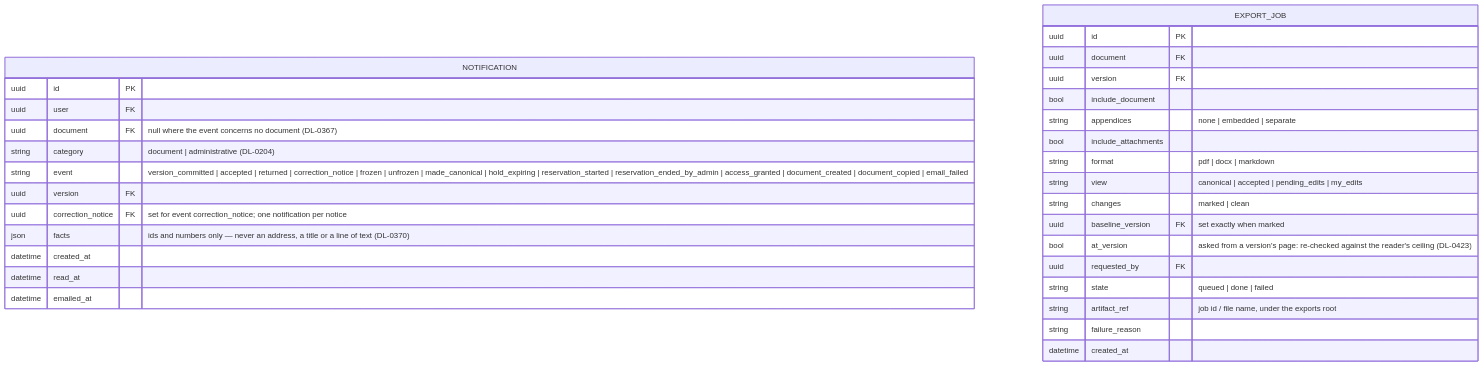
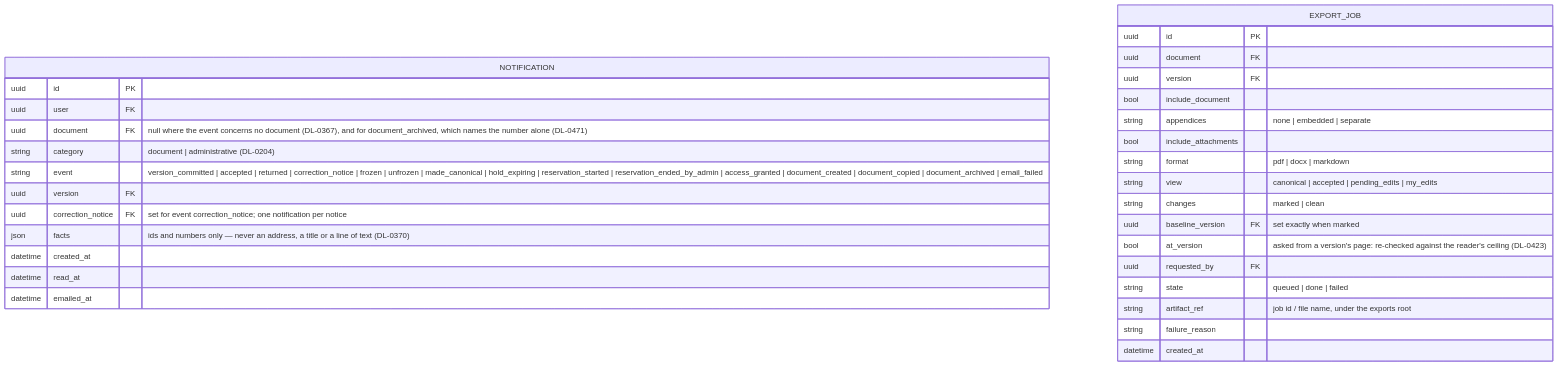
One commit to Oleksii-Zagorskyi/syngraphe changed the fifth of 5 diagrams in docs/data-model.md. Above: the diagram before and after it, drawn with Mermaid. The commit also changed other lines of this file and 9 other files, not shown here.

````diff
--- a/docs/data-model.md
+++ b/docs/data-model.md
@@ -533,34 +533,34 @@
 ```mermaid
 erDiagram
     NOTIFICATION {
         uuid id PK
         uuid user FK
-        uuid document FK "null where the event concerns no document (DL-0367)"
+        uuid document FK "null where the event concerns no document (DL-0367), and for document_archived, which names the number alone (DL-0471)"
         string category "document | administrative (DL-0204)"
-        string event "version_committed | accepted | returned | correction_notice | frozen | unfrozen | made_canonical | hold_expiring | reservation_started | reservation_ended_by_admin | access_granted | document_created | document_copied | email_failed"
+        string event "version_committed | accepted | returned | correction_notice | frozen | unfrozen | made_canonical | hold_expiring | reservation_started | reservation_ended_by_admin | access_granted | document_created | document_copied | document_archived | email_failed"
         uuid version FK
         uuid correction_notice FK "set for event correction_notice; one notification per notice"
         json facts "ids and numbers only — never an address, a title or a line of text (DL-0370)"
         datetime created_at
         datetime read_at
         datetime emailed_at
     }
     EXPORT_JOB {
         uuid id PK
         uuid document FK
         uuid version FK
         bool include_document
         string appendices "none | embedded | separate"
         bool include_attachments
         string format "pdf | docx | markdown"
         string view "canonical | accepted | pending_edits | my_edits"
         string changes "marked | clean"
         uuid baseline_version FK "set exactly when marked"
         bool at_version "asked from a version's page: re-checked against the reader's ceiling (DL-0423)"
         uuid requested_by FK
         string state "queued | done | failed"
         string artifact_ref "job id / file name, under the exports root"
         string failure_reason
         datetime created_at
     }
 ```
````
